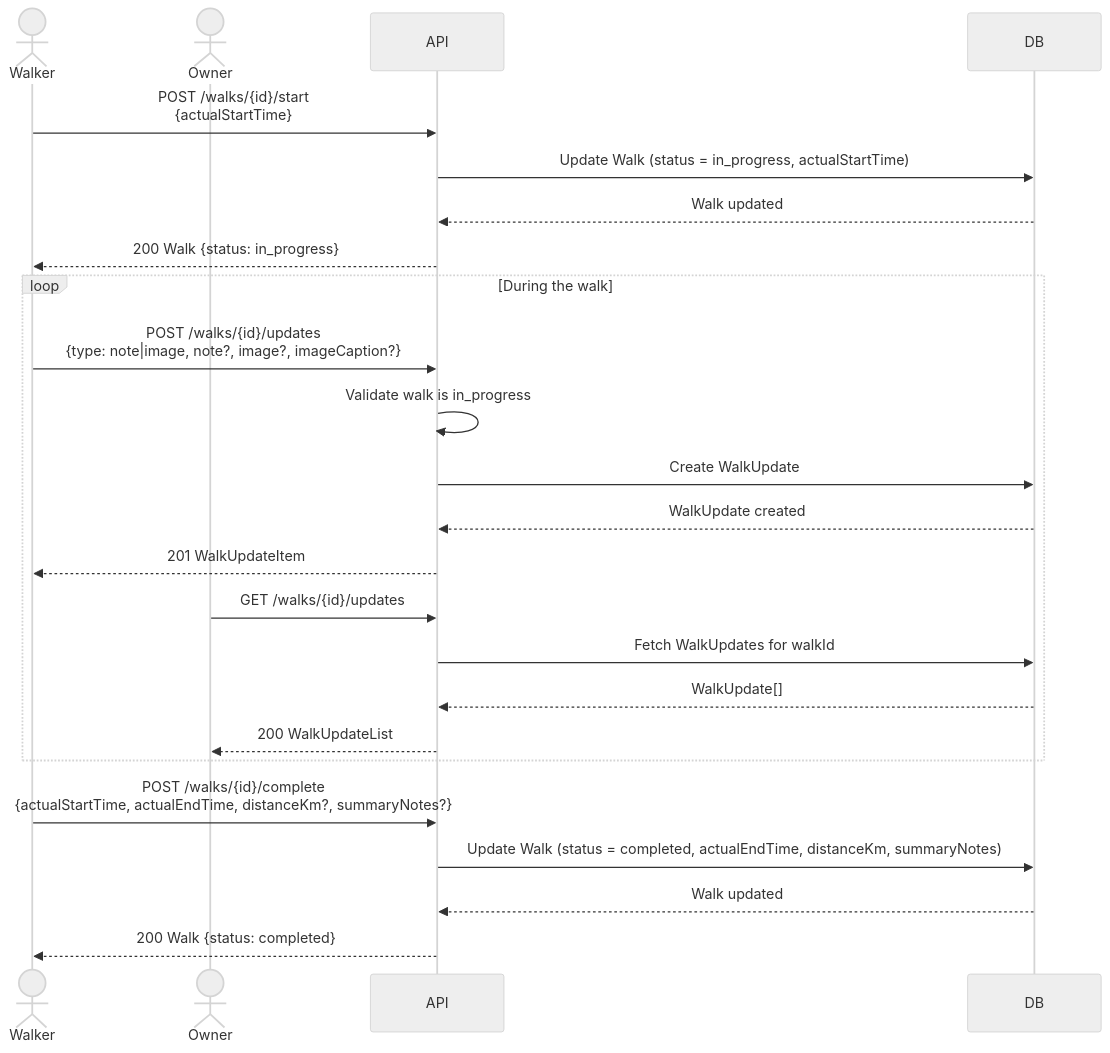
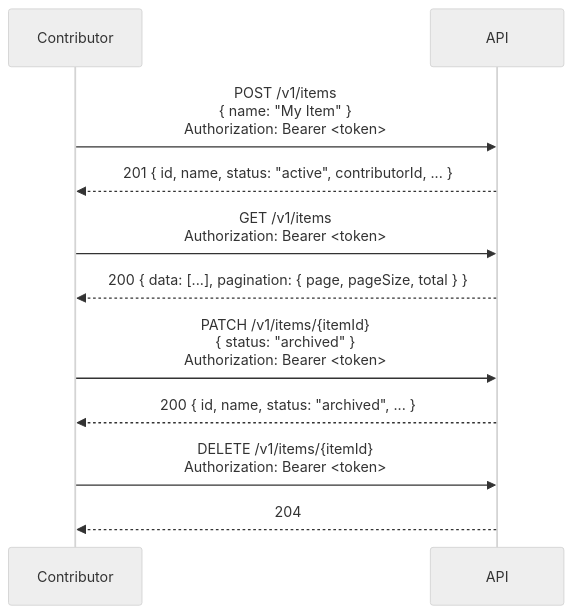
The second of 4 diagrams in docs/specifications/sequence-diagrams.md (dataGriff/domain-api-template), drawn with Mermaid (neutral theme) before and after one commit. The commit also changed other lines of this file and 34 other files, not shown here.

````diff
--- a/docs/specifications/sequence-diagrams.md
+++ b/docs/specifications/sequence-diagrams.md
@@ -188,30 +26,17 @@
 ```mermaid
 sequenceDiagram
-    actor Walker
-    actor Owner
+    participant Contributor
     participant API
-    participant DB
 
-    Walker->>API: POST /walks/{id}/start<br/>{actualStartTime}
-    API->>DB: Update Walk (status = in_progress, actualStartTime)
-    DB-->>API: Walk updated
-    API-->>Walker: 200 Walk {status: in_progress}
+    Contributor->>API: POST /v1/items<br/>{ name: "My Item" }<br/>Authorization: Bearer <token>
+    API-->>Contributor: 201 { id, name, status: "active", contributorId, ... }
 
-    loop During the walk
-        Walker->>API: POST /walks/{id}/updates<br/>{type: note|image, note?, image?, imageCaption?}
-        API->>API: Validate walk is in_progress
-        API->>DB: Create WalkUpdate
-        DB-->>API: WalkUpdate created
-        API-->>Walker: 201 WalkUpdateItem
+    Contributor->>API: GET /v1/items<br/>Authorization: Bearer <token>
+    API-->>Contributor: 200 { data: [...], pagination: { page, pageSize, total } }
 
-        Owner->>API: GET /walks/{id}/updates
-        API->>DB: Fetch WalkUpdates for walkId
-        DB-->>API: WalkUpdate[]
-        API-->>Owner: 200 WalkUpdateList
-    end
+    Contributor->>API: PATCH /v1/items/{itemId}<br/>{ status: "archived" }<br/>Authorization: Bearer <token>
+    API-->>Contributor: 200 { id, name, status: "archived", ... }
 
-    Walker->>API: POST /walks/{id}/complete<br/>{actualStartTime, actualEndTime, distanceKm?, summaryNotes?}
-    API->>DB: Update Walk (status = completed, actualEndTime, distanceKm, summaryNotes)
-    DB-->>API: Walk updated
-    API-->>Walker: 200 Walk {status: completed}
+    Contributor->>API: DELETE /v1/items/{itemId}<br/>Authorization: Bearer <token>
+    API-->>Contributor: 204
 ```
````
